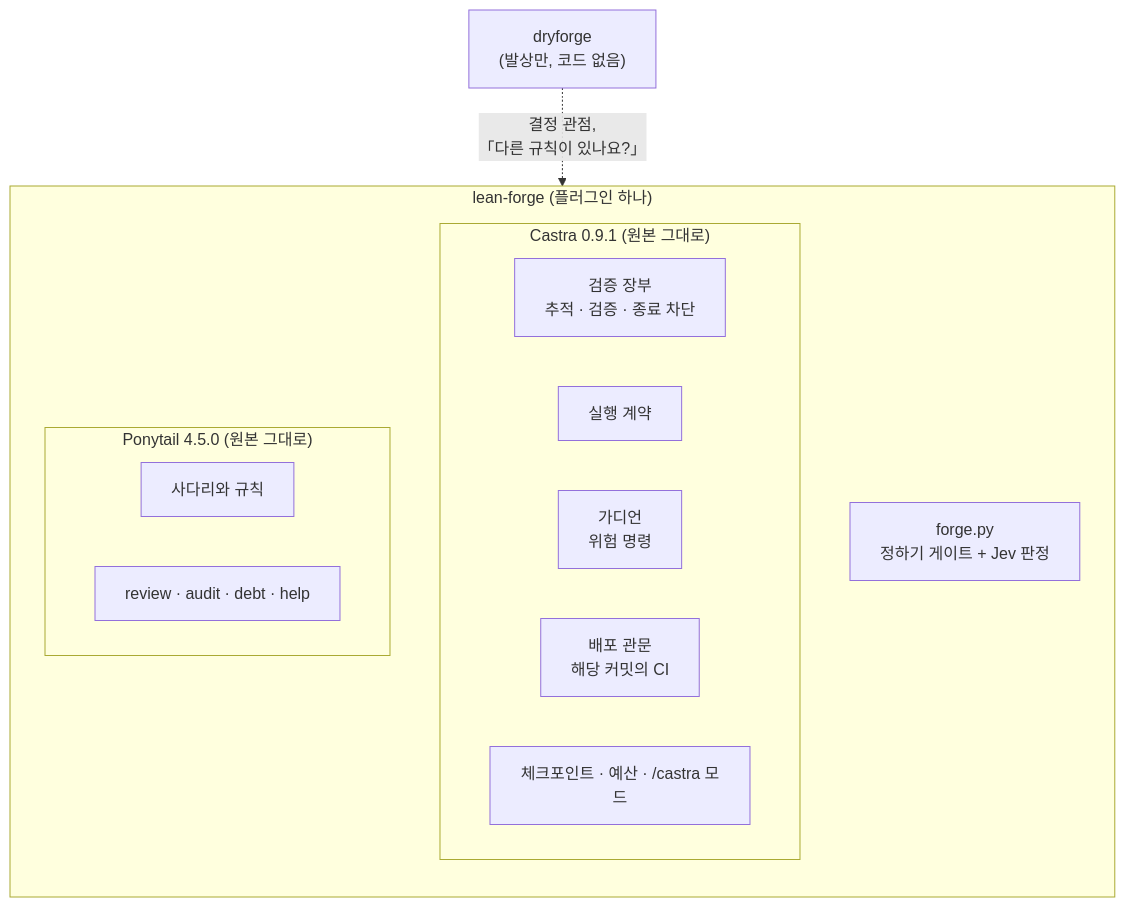
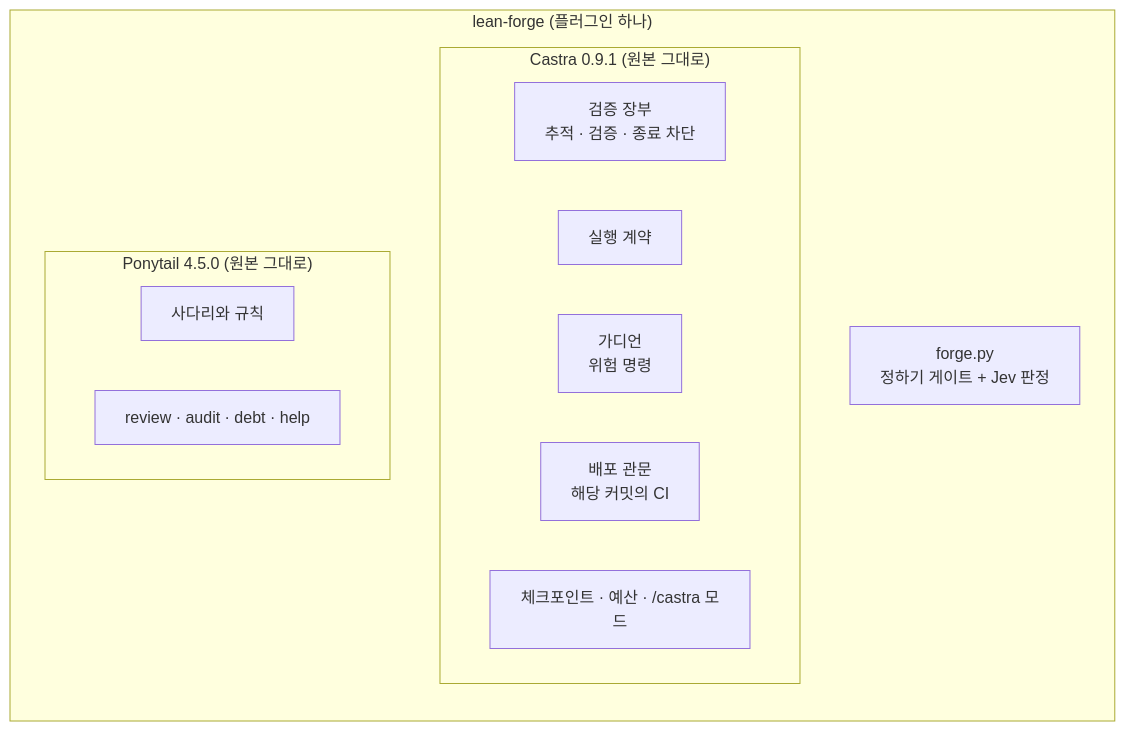
One commit to beyondworks/lean-forge changed the third of 3 diagrams in README.ko.md. Above: the diagram before and after it, drawn with Mermaid. The commit also changed other lines of this file and 1 other file, not shown here.

````diff
--- a/README.ko.md
+++ b/README.ko.md
@@ -84,19 +84,18 @@
 ```mermaid
 flowchart TB
     subgraph LF["lean-forge (플러그인 하나)"]
         direction TB
         F["forge.py<br/>정하기 게이트 + Jev 판정"]
         subgraph C["Castra 0.9.1 (원본 그대로)"]
             C1["검증 장부<br/>추적 · 검증 · 종료 차단"]
             C2["실행 계약"]
             C3["가디언<br/>위험 명령"]
             C4["배포 관문<br/>해당 커밋의 CI"]
             C5["체크포인트 · 예산 · /castra 모드"]
         end
         subgraph P["Ponytail 4.5.0 (원본 그대로)"]
             P1["사다리와 규칙"]
             P2["review · audit · debt · help"]
         end
     end
-    D["dryforge<br/>(발상만, 코드 없음)"] -. "결정 관점,<br/>「다른 규칙이 있나요?」" .-> F
 ```
````
